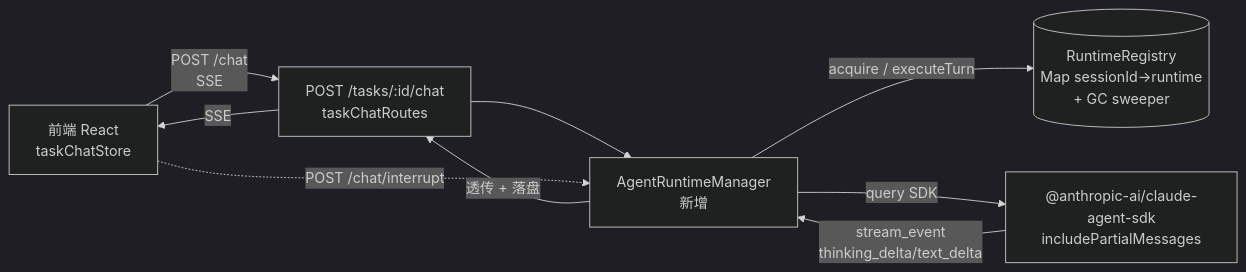
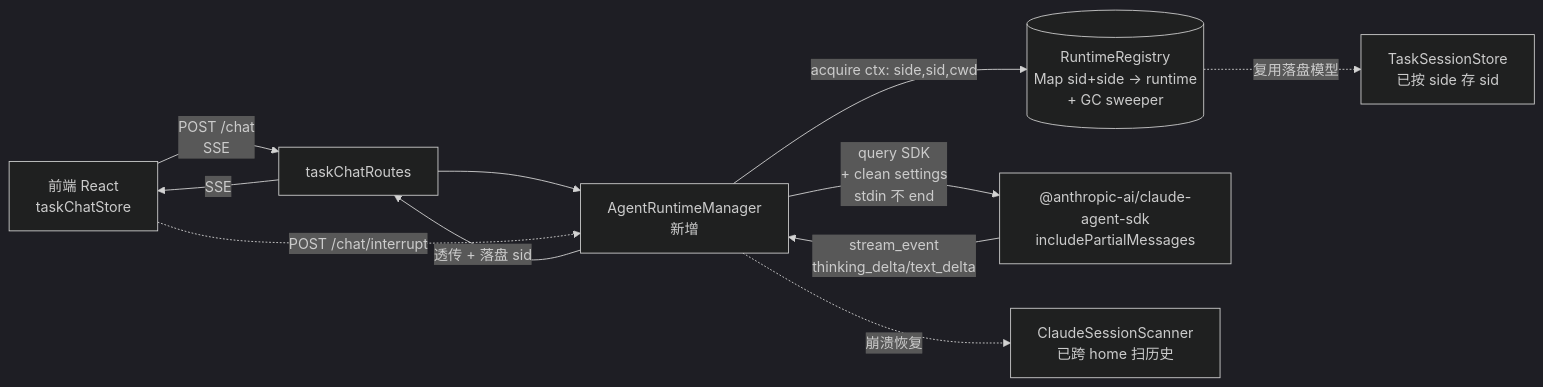
One commit to 575568329/ai-task-flow changed the diagram in docs/20260725140000_对话协同模式升级方案_常驻Runtime与流式体验.md. Above: the diagram before and after it, drawn with Mermaid (dark theme). The commit also changed other lines of this file and 7 other files, not shown here.

````diff
--- a/docs/20260725140000_对话协同模式升级方案_常驻Runtime与流式体验.md
+++ b/docs/20260725140000_对话协同模式升级方案_常驻Runtime与流式体验.md
@@ -90,11 +104,13 @@
 ```mermaid
 flowchart LR
-  UI[前端 React<br/>taskChatStore] -->|POST /chat<br/>SSE| RT[POST /tasks/:id/chat<br/>taskChatRoutes]
+  UI[前端 React<br/>taskChatStore] -->|POST /chat<br/>SSE| RT[taskChatRoutes]
   RT --> MGR[AgentRuntimeManager<br/>新增]
-  MGR -->|acquire / executeTurn| REG[(RuntimeRegistry<br/>Map sessionId→runtime<br/>+ GC sweeper)]
-  MGR -->|query SDK| SDK["@anthropic-ai/claude-agent-sdk<br/>includePartialMessages"]
+  MGR -->|acquire ctx: side,sid,cwd| REG[(RuntimeRegistry<br/>Map sid+side → runtime<br/>+ GC sweeper)]
+  REG -.复用落盘模型.-> TSS[TaskSessionStore<br/>已按 side 存 sid]
+  MGR -->|query SDK<br/>+ clean settings<br/>stdin 不 end| SDK["@anthropic-ai/claude-agent-sdk<br/>includePartialMessages"]
   SDK -->|stream_event<br/>thinking_delta/text_delta| MGR
-  MGR -->|透传 + 落盘| RT
+  MGR -->|透传 + 落盘 sid| RT
   RT -->|SSE| UI
   UI -.->|POST /chat/interrupt| MGR
+  MGR -.崩溃恢复.-> SCAN[ClaudeSessionScanner<br/>已跨 home 扫历史]
 ```
````
